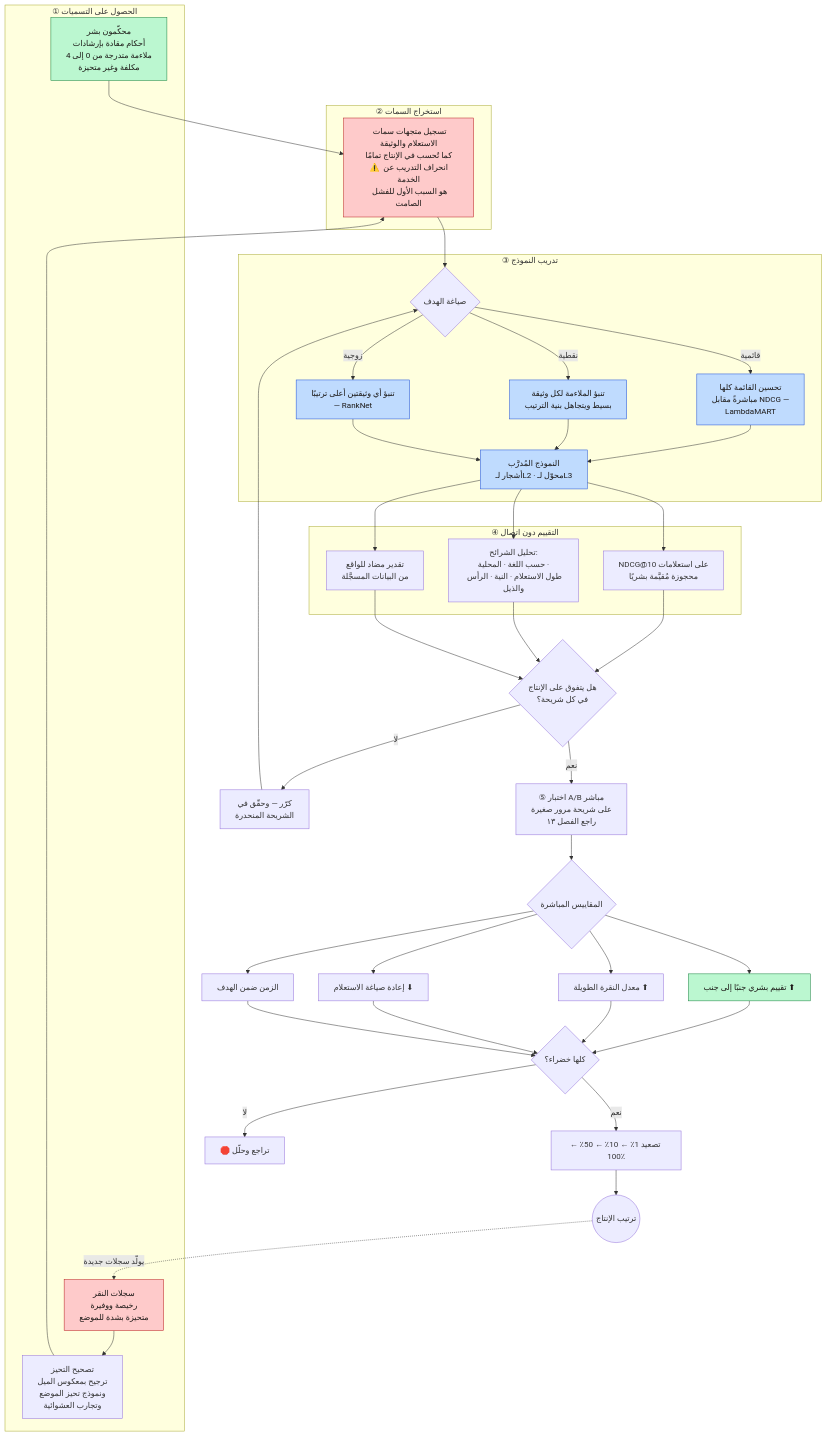
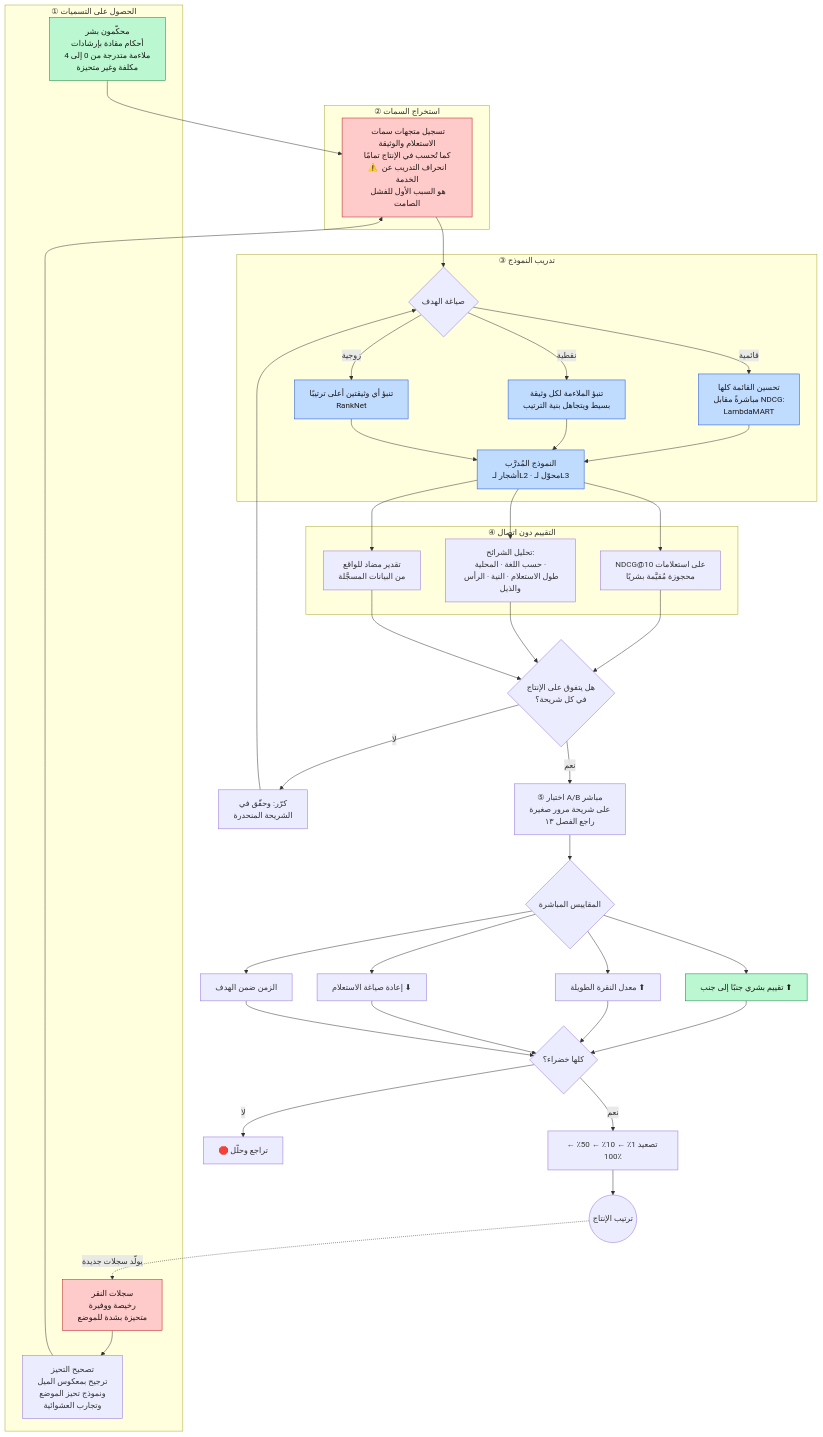
The fourth of 7 diagrams in docs/ar/08-ranking.md (ahmedselimmansor-ctrl/google-search-system-design), drawn with Mermaid before and after one commit. The commit also changed other lines of this file and 89 other files, not shown here.

````diff
--- a/docs/ar/08-ranking.md
+++ b/docs/ar/08-ranking.md
@@ -217,61 +217,61 @@
 ```mermaid
 flowchart TB
     subgraph LABELS["① الحصول على التسميات"]
         HR["محكّمون بشر<br/>أحكام مقادة بإرشادات<br/>ملاءمة متدرجة من 0 إلى 4<br/>مكلفة وغير متحيزة"]
         CL["سجلات النقر<br/>رخيصة ووفيرة<br/>متحيزة بشدة للموضع"]
         DEBIAS["تصحيح التحيز<br/>ترجيح بمعكوس الميل<br/>ونموذج تحيز الموضع<br/>وتجارب العشوائية"]
         CL --> DEBIAS
     end
 
     subgraph FEATS["② استخراج السمات"]
         FX["تسجيل متجهات سمات الاستعلام والوثيقة<br/>كما تُحسب في الإنتاج تمامًا<br/>⚠️ انحراف التدريب عن الخدمة<br/>هو السبب الأول للفشل الصامت"]
     end
 
     HR & DEBIAS --> FX
 
     subgraph TRAIN["③ تدريب النموذج"]
         OBJ{"صياغة الهدف"}
         OBJ -->|"نقطية"| PW["تنبؤ الملاءمة لكل وثيقة<br/>بسيط ويتجاهل بنية الترتيب"]
-        OBJ -->|"زوجية"| PR2["تنبؤ أي وثيقتين أعلى ترتيبًا<br/>— RankNet"]
-        OBJ -->|"قائمية"| LW["تحسين القائمة كلها<br/>مباشرةً مقابل NDCG —<br/>LambdaMART"]
+        OBJ -->|"زوجية"| PR2["تنبؤ أي وثيقتين أعلى ترتيبًا<br/>RankNet"]
+        OBJ -->|"قائمية"| LW["تحسين القائمة كلها<br/>مباشرةً مقابل NDCG:<br/>LambdaMART"]
         LW --> MODEL["النموذج المُدرَّب<br/>أشجار لـL2 · محوّل لـL3"]
         PW --> MODEL
         PR2 --> MODEL
     end
 
     FX --> OBJ
 
     subgraph EVAL["④ التقييم دون اتصال"]
         E1["NDCG@10 على استعلامات<br/>محجوزة مُقيَّمة بشريًا"]
         E2["تحليل الشرائح:<br/>حسب اللغة · المحلية ·<br/>طول الاستعلام · النية · الرأس والذيل"]
         E3["تقدير مضاد للواقع<br/>من البيانات المسجَّلة"]
     end
 
     MODEL --> E1 & E2 & E3
 
     E1 & E2 & E3 --> GATE{"هل يتفوق على الإنتاج<br/>في كل شريحة؟"}
-    GATE -->|"لا"| BACK["كرّر — وحقّق في<br/>الشريحة المنحدرة"]
+    GATE -->|"لا"| BACK["كرّر: وحقّق في<br/>الشريحة المنحدرة"]
     BACK --> OBJ
 
     GATE -->|"نعم"| AB["⑤ اختبار A/B مباشر<br/>على شريحة مرور صغيرة<br/>راجع الفصل ١٣"]
 
     AB --> METRICS{"المقاييس المباشرة"}
     METRICS --> M1["تقييم بشري جنبًا إلى جنب ⬆"]
     METRICS --> M2["معدل النقرة الطويلة ⬆"]
     METRICS --> M3["إعادة صياغة الاستعلام ⬇"]
     METRICS --> M4["الزمن ضمن الهدف"]
 
     M1 & M2 & M3 & M4 --> SHIP{"كلها خضراء؟"}
     SHIP -->|"نعم"| RAMP["تصعيد 1٪ ← 10٪ ← 50٪ ← 100٪"]
     SHIP -->|"لا"| ROLL["🛑 تراجع وحلّل"]
 
     RAMP --> PROD(("ترتيب الإنتاج"))
     PROD -.->|"يولّد سجلات جديدة"| CL
 
     classDef human fill:#bbf7d0,stroke:#15803d,color:#1c1917
     classDef risky fill:#fecaca,stroke:#b91c1c,color:#1c1917
     classDef ml fill:#bfdbfe,stroke:#1d4ed8,color:#1c1917
     class HR,M1 human
     class CL,FX risky
     class PW,PR2,LW,MODEL ml
 ```
````
